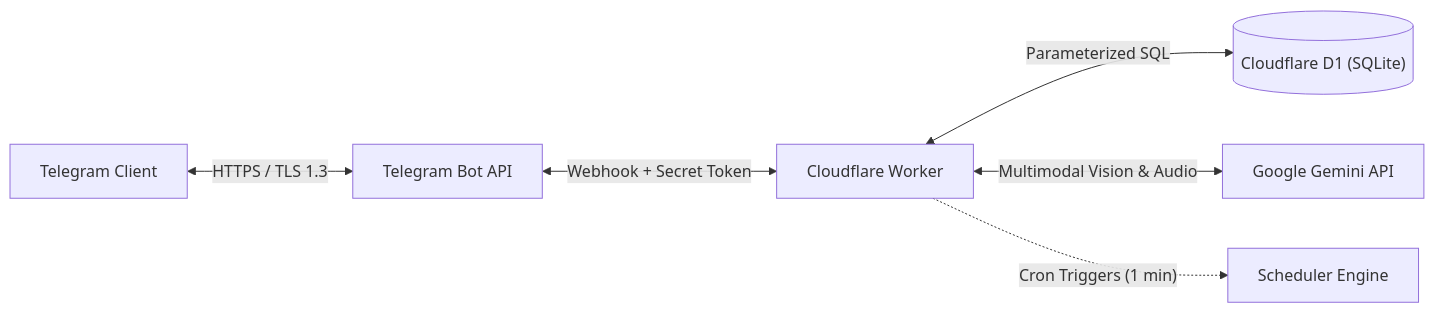
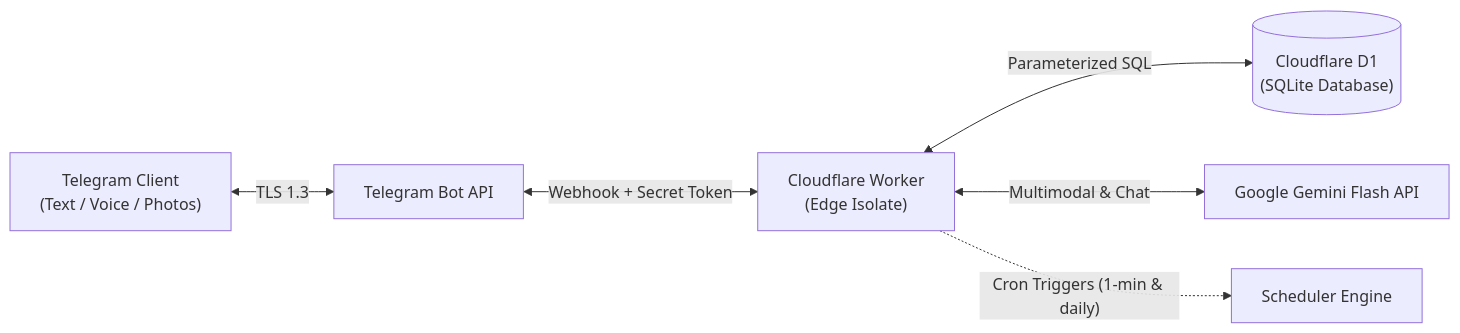
Before and after one commit to Sopheaktraleng/assistant-bot: the diagram in README.md, drawn with Mermaid. The commit also changed other lines of this file, not shown here.

Commit message:
docs: comprehensive update to README.md covering Friday tactical AI, memory matrix, neural voice, and real-world grounding

````diff
--- a/README.md
+++ b/README.md
@@ -29,8 +49,8 @@
 ```mermaid
 flowchart LR
-    User["Telegram Client"] <-->|"HTTPS / TLS 1.3"| TG["Telegram Bot API"]
-    TG <-->|"Webhook + Secret Token"| CF["Cloudflare Worker"]
-    CF <-->|"Parameterized SQL"| D1[("Cloudflare D1 (SQLite)")]
-    CF <-->|"Multimodal Vision & Audio"| Gemini["Google Gemini API"]
-    CF -.->|"Cron Triggers (1 min)"| Alarms["Scheduler Engine"]
+    User["Telegram Client\n(Text / Voice / Photos)"] <-->|"TLS 1.3"| TG["Telegram Bot API"]
+    TG <-->|"Webhook + Secret Token"| CF["Cloudflare Worker\n(Edge Isolate)"]
+    CF <-->|"Parameterized SQL"| D1[("Cloudflare D1\n(SQLite Database)")]
+    CF <-->|"Multimodal & Chat"| Gemini["Google Gemini Flash API"]
+    CF -.->|"Cron Triggers (1-min & daily)"| Cron["Scheduler Engine"]
 ```
````
